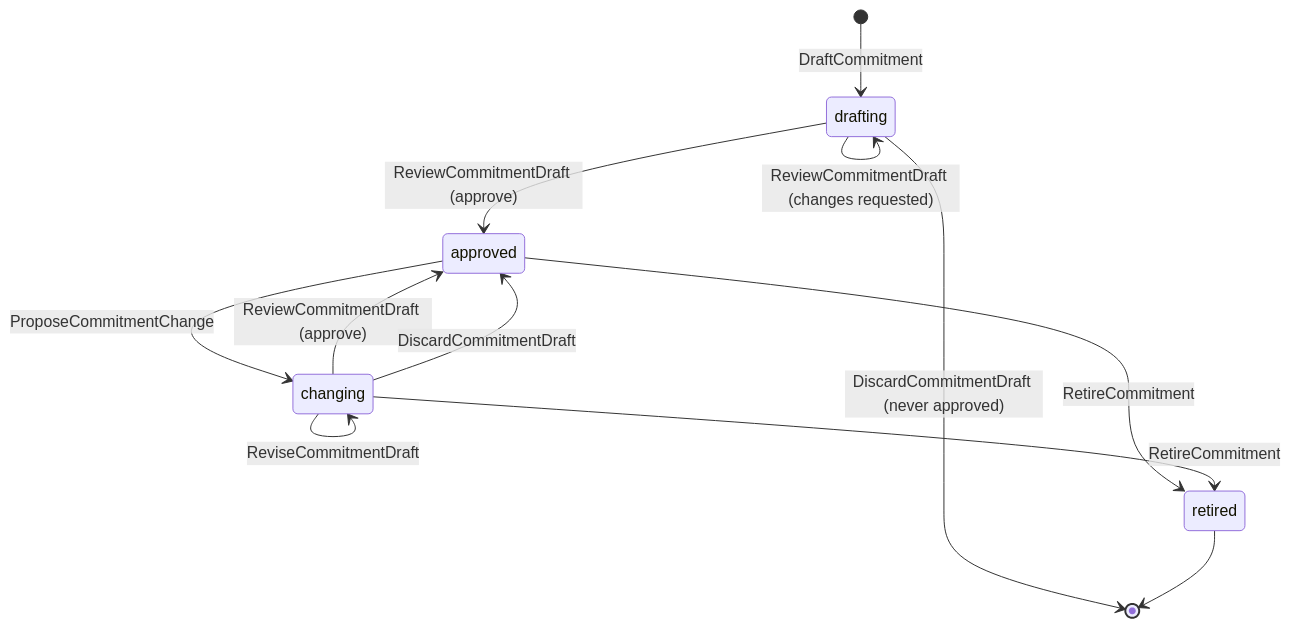
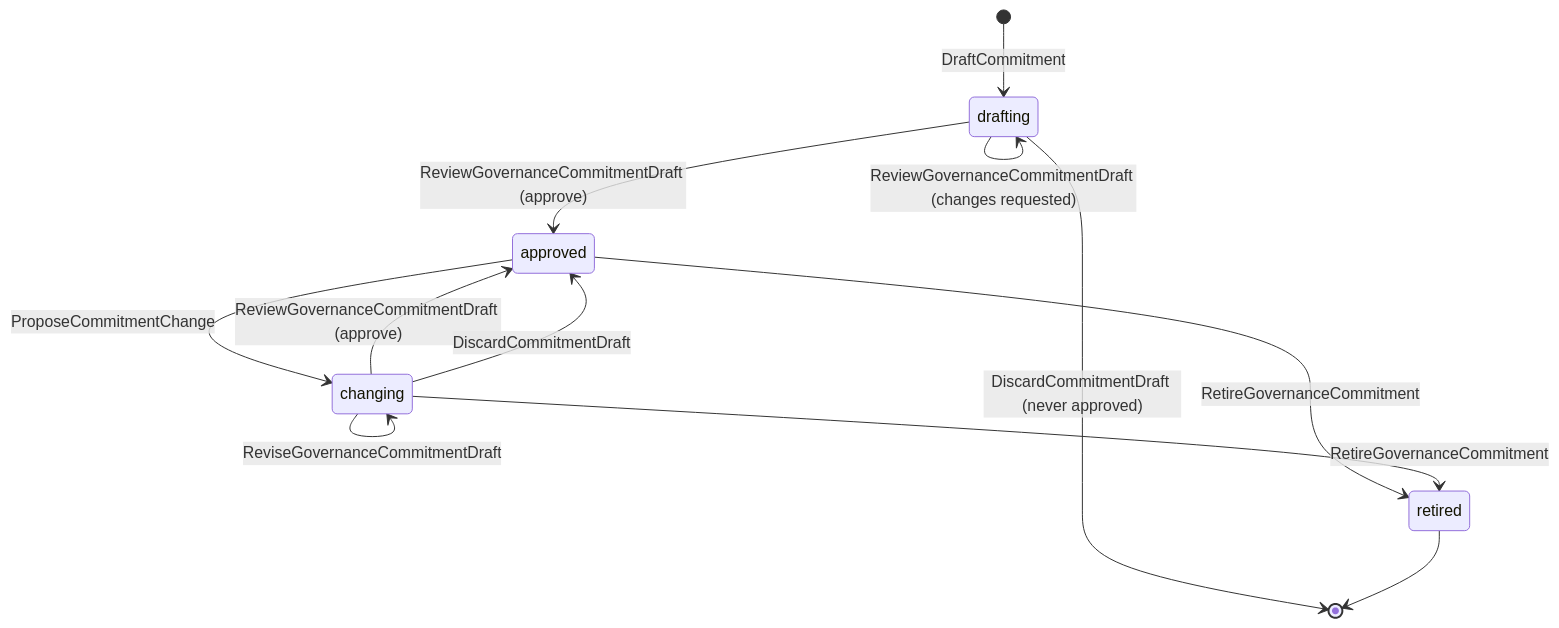
The first of 3 diagrams in docs/proposed/contexts/commitments.md (bdgrz/compliance-core), drawn with Mermaid before and after one commit. The commit also changed other lines of this file and 1812 other files, not shown here.

````diff
--- a/docs/proposed/contexts/commitments.md
+++ b/docs/proposed/contexts/commitments.md
@@ -63,15 +81,15 @@
 ```mermaid
 stateDiagram-v2
     [*] --> drafting: DraftCommitment
-    drafting --> drafting: ReviseCommitmentDraft
-    drafting --> drafting: ReviewCommitmentDraft (changes requested)
-    drafting --> approved: ReviewCommitmentDraft (approve)
+    drafting --> drafting: ReviseGovernanceCommitmentDraft
+    drafting --> drafting: ReviewGovernanceCommitmentDraft (changes requested)
+    drafting --> approved: ReviewGovernanceCommitmentDraft (approve)
     drafting --> [*]: DiscardCommitmentDraft (never approved)
     approved --> changing: ProposeCommitmentChange
-    changing --> changing: ReviseCommitmentDraft
-    changing --> approved: ReviewCommitmentDraft (approve)
+    changing --> changing: ReviseGovernanceCommitmentDraft
+    changing --> approved: ReviewGovernanceCommitmentDraft (approve)
     changing --> approved: DiscardCommitmentDraft
-    approved --> retired: RetireCommitment
-    changing --> retired: RetireCommitment
+    approved --> retired: RetireGovernanceCommitment
+    changing --> retired: RetireGovernanceCommitment
     retired --> [*]
 ```
````
